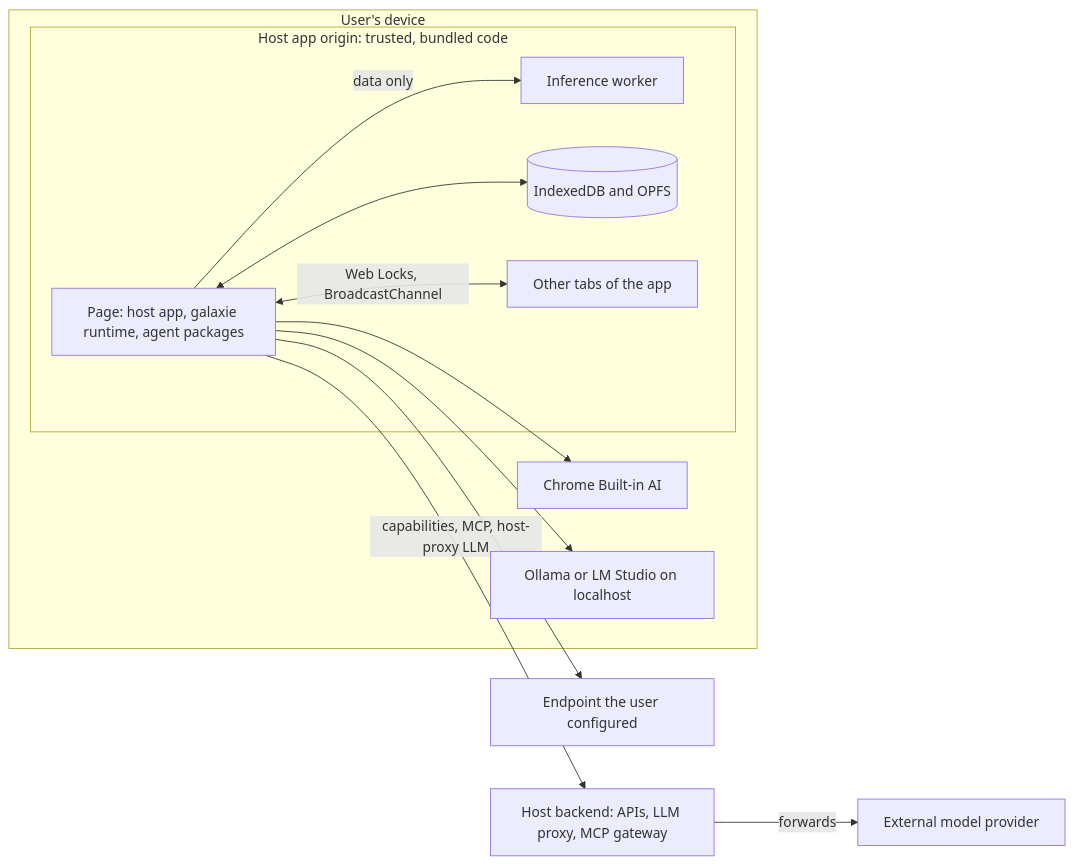
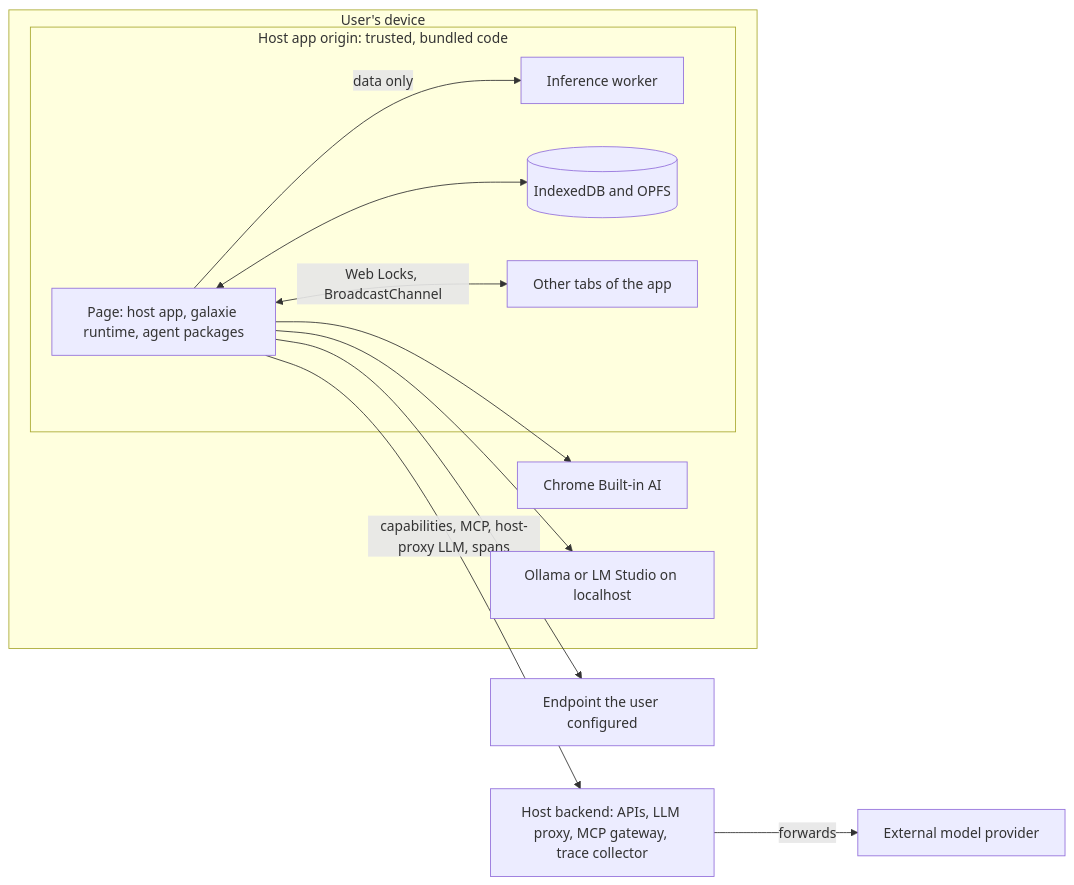
One commit to vinhnxv/galaxie changed the first of 8 diagrams in docs/system-design.md. Above: the diagram before and after it, drawn with Mermaid. The commit also changed other lines of this file and 18 other files, not shown here.

````diff
--- a/docs/system-design.md
+++ b/docs/system-design.md
@@ -18,24 +19,24 @@
 ```mermaid
 flowchart LR
     subgraph Device["User's device"]
         subgraph Origin["Host app origin: trusted, bundled code"]
             Page["Page: host app, galaxie runtime, agent packages"]
             Worker["Inference worker"]
             Store[("IndexedDB and OPFS")]
             Tabs["Other tabs of the app"]
         end
         Builtin["Chrome Built-in AI"]
         Local["Ollama or LM Studio on localhost"]
     end
-    Backend["Host backend: APIs, LLM proxy, MCP gateway"]
+    Backend["Host backend: APIs, LLM proxy, MCP gateway, trace collector"]
     Endpoint["Endpoint the user configured"]
     Provider["External model provider"]
     Page -- "data only" --> Worker
     Page --> Builtin
     Page <--> Store
     Page <-- "Web Locks, BroadcastChannel" --> Tabs
-    Page -- "capabilities, MCP, host-proxy LLM" --> Backend
+    Page -- "capabilities, MCP, host-proxy LLM, spans" --> Backend
     Backend -- "forwards" --> Provider
     Page --> Local
     Page --> Endpoint
 ```
````
